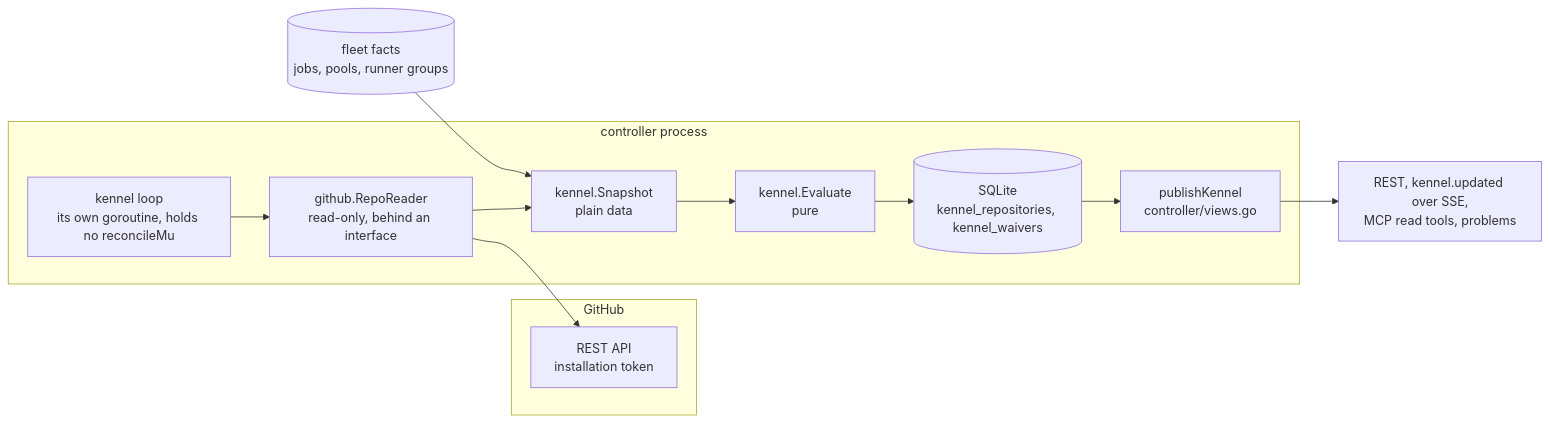
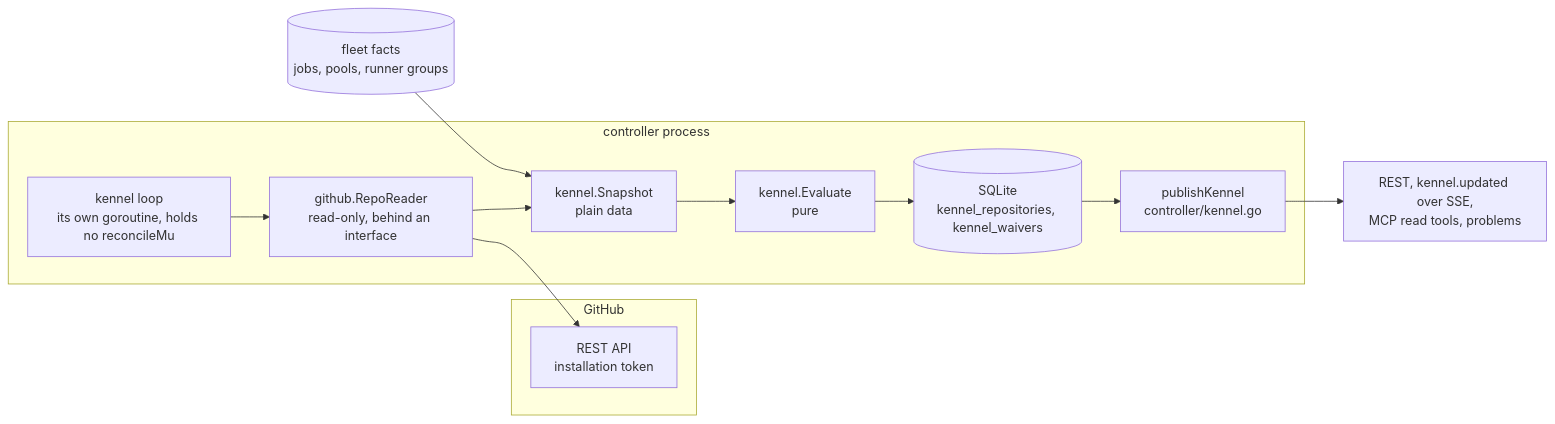
One commit to eyupio/Zoomies changed the fourth of 4 diagrams in roadmap/kennel-club.md. Above: the diagram before and after it, drawn with Mermaid. The commit also changed other lines of this file and 17 other files, not shown here.

````diff
--- a/roadmap/kennel-club.md
+++ b/roadmap/kennel-club.md
@@ -416,20 +416,20 @@
 ```mermaid
 flowchart LR
     subgraph gh["GitHub"]
         api["REST API<br/>installation token"]
     end
     subgraph ctl["controller process"]
         loop["kennel loop<br/>its own goroutine, holds no reconcileMu"]
         rd["github.RepoReader<br/>read-only, behind an interface"]
         snap["kennel.Snapshot<br/>plain data"]
         ev["kennel.Evaluate<br/>pure"]
         st[("SQLite<br/>kennel_repositories, kennel_waivers")]
-        pub["publishKennel<br/>controller/views.go"]
+        pub["publishKennel<br/>controller/kennel.go"]
     end
     fleet[("fleet facts<br/>jobs, pools, runner groups")]
     loop --> rd --> api
     rd --> snap
     fleet --> snap
     snap --> ev --> st --> pub
     pub --> out["REST, kennel.updated over SSE,<br/>MCP read tools, problems"]
 ```
````
